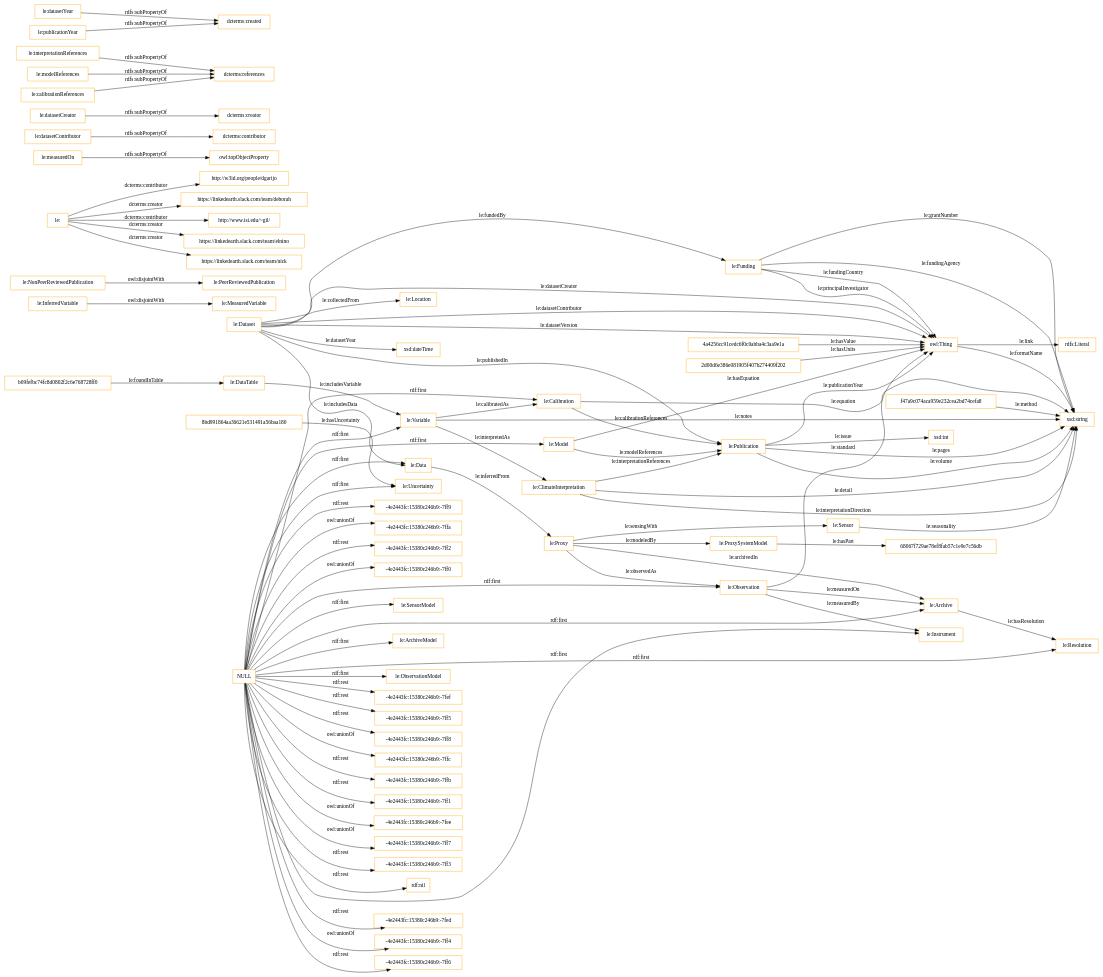
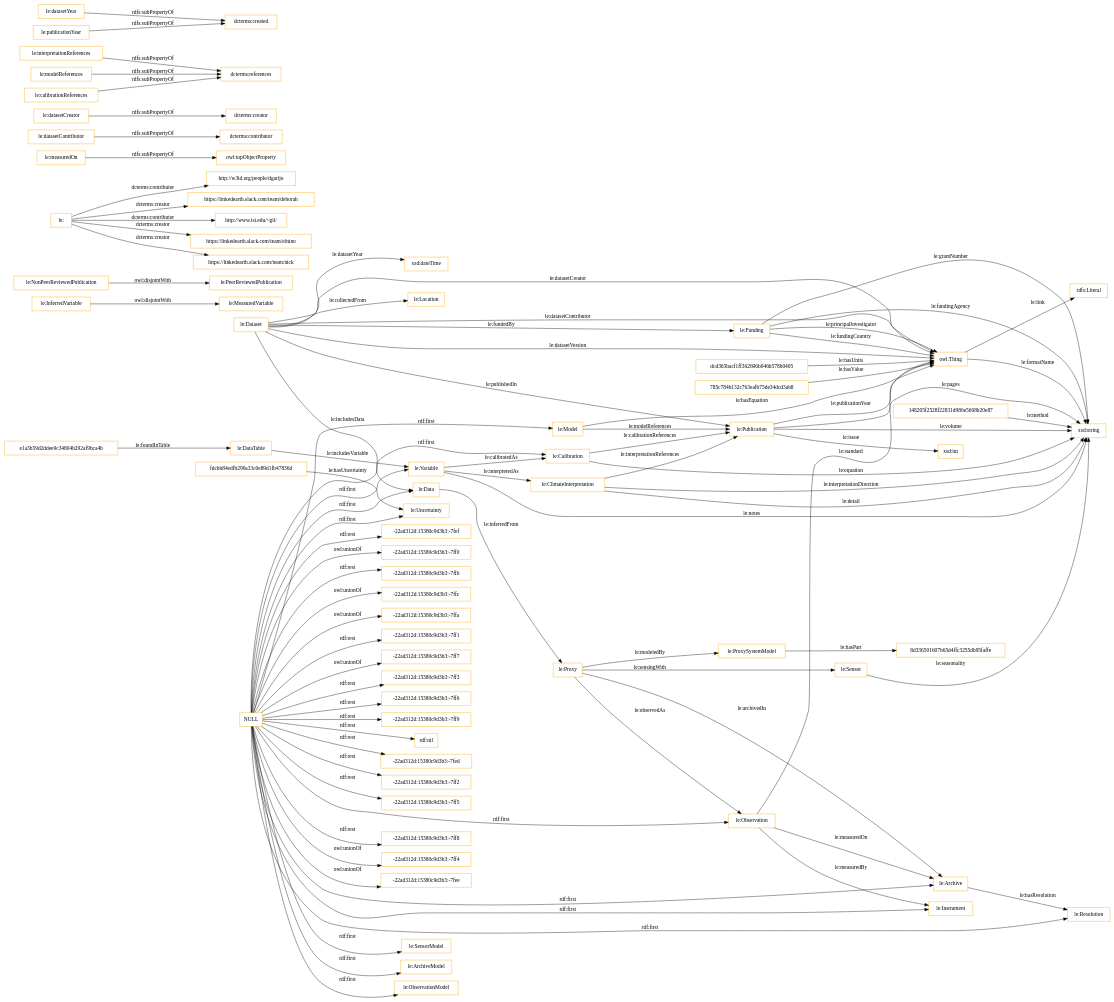
The diagram in OnToology/ontology.owl/diagrams/ar2dtool-class/ontology.owl.png.dot (dgarijo/Ontology), drawn with Graphviz before and after one commit. The commit also changed 5 other files, not shown here.

```diff
--- a/OnToology/ontology.owl/diagrams/ar2dtool-class/ontology.owl.png.dot
+++ b/OnToology/ontology.owl/diagrams/ar2dtool-class/ontology.owl.png.dot
@@ -1,95 +1,95 @@
 digraph ar2dtool_diagram { 
 rankdir=LR;
 size="1501"
-node [shape = rectangle, color="orange"]; "le:Sensor" "b09fefbc74fc8d0802f2c6e768728ff0" "2d00d6e386e081905f407b274409f202" "le:Funding" "le:Dataset" "le:Resolution" "68067f729ae78ef8fab57c1e9e7c56db" "le:Publication" "le:DataTable" "le:Model" "le:Data" "4a4256cc91cedc6f0c0abba4c3aa9e1a" "le:SensorModel" "le:Location" "le:Calibration" "le:InferredVariable" "le:NonPeerReviewedPublication" "le:ArchiveModel" "le:MeasuredVariable" "le:Proxy" "le:ProxySystemModel" "le:Instrument" "le:ObservationModel" "le:Uncertainty" "le:Observation" "f47a9c074aca959e232cea2bd74cefa8" "le:ClimateInterpretation" "le:Variable" "8bd991864aa36621e531491a56baa180" "le:Archive" "le:PeerReviewedPublication" ; /*classes style*/
+node [shape = rectangle, color="orange"]; "le:Sensor" "le:Funding" "le:Resolution" "le:Dataset" "le:Publication" "le:DataTable" "dcd365bacf1ff362696b046b578b0405" "le:Model" "le:Data" "le:SensorModel" "le:Location" "le:Calibration" "le:InferredVariable" "e1a3b59d2ddee9c34804b292af9bca4b" "le:NonPeerReviewedPublication" "le:ArchiveModel" "fdcbb84edfb290a33c0e89d1fb47836d" "le:MeasuredVariable" "le:Proxy" "le:ProxySystemModel" "le:Instrument" "le:ObservationModel" "le:Uncertainty" "le:Observation" "le:ClimateInterpretation" "785c784b132c763eafb75de34dcd3ab8" "le:Variable" "le:Archive" "8d336501607b65d4ffc3255db95faffe" "148205f2528f22831d986e5608b20e87" "le:PeerReviewedPublication" ; /*classes style*/
 	"le:NonPeerReviewedPublication" -> "le:PeerReviewedPublication" [ label = "owl:disjointWith" ];
 	"le:" -> "http://w3id.org/people/dgarijo" [ label = "dcterms:contributor" ];
 	"le:" -> "https://linkedearth.slack.com/team/deborah" [ label = "dcterms:creator" ];
 	"le:" -> "http://www.isi.edu/~gil/" [ label = "dcterms:contributor" ];
 	"le:" -> "https://linkedearth.slack.com/team/elnino" [ label = "dcterms:creator" ];
 	"le:" -> "https://linkedearth.slack.com/team/nick" [ label = "dcterms:creator" ];
 	"le:measuredOn" -> "owl:topObjectProperty" [ label = "rdfs:subPropertyOf" ];
 	"le:datasetContributor" -> "dcterms:contributor" [ label = "rdfs:subPropertyOf" ];
 	"le:datasetCreator" -> "dcterms:creator" [ label = "rdfs:subPropertyOf" ];
 	"le:interpretationReferences" -> "dcterms:references" [ label = "rdfs:subPropertyOf" ];
 	"le:modelReferences" -> "dcterms:references" [ label = "rdfs:subPropertyOf" ];
 	"le:calibrationReferences" -> "dcterms:references" [ label = "rdfs:subPropertyOf" ];
-	"NULL" -> "-4e2443fc:15380c246b9:-7ff5" [ label = "rdf:rest" ];
-	"NULL" -> "-4e2443fc:15380c246b9:-7ff8" [ label = "rdf:rest" ];
 	"NULL" -> "le:Instrument" [ label = "rdf:first" ];
+	"NULL" -> "-22ad312d:15380c9d3b3:-7ff0" [ label = "owl:unionOf" ];
 	"NULL" -> "le:SensorModel" [ label = "rdf:first" ];
-	"NULL" -> "-4e2443fc:15380c246b9:-7ffc" [ label = "owl:unionOf" ];
+	"NULL" -> "-22ad312d:15380c9d3b3:-7ffb" [ label = "rdf:rest" ];
+	"NULL" -> "-22ad312d:15380c9d3b3:-7ffc" [ label = "owl:unionOf" ];
+	"NULL" -> "-22ad312d:15380c9d3b3:-7ffa" [ label = "owl:unionOf" ];
+	"NULL" -> "-22ad312d:15380c9d3b3:-7ff1" [ label = "rdf:rest" ];
 	"NULL" -> "le:Archive" [ label = "rdf:first" ];
-	"NULL" -> "-4e2443fc:15380c246b9:-7ffb" [ label = "rdf:rest" ];
-	"NULL" -> "-4e2443fc:15380c246b9:-7ff1" [ label = "rdf:rest" ];
 	"NULL" -> "le:ObservationModel" [ label = "rdf:first" ];
-	"NULL" -> "-4e2443fc:15380c246b9:-7fee" [ label = "owl:unionOf" ];
-	"NULL" -> "-4e2443fc:15380c246b9:-7ff7" [ label = "owl:unionOf" ];
 	"NULL" -> "le:Variable" [ label = "rdf:first" ];
+	"NULL" -> "-22ad312d:15380c9d3b3:-7ff7" [ label = "owl:unionOf" ];
+	"NULL" -> "-22ad312d:15380c9d3b3:-7ff3" [ label = "rdf:rest" ];
+	"NULL" -> "-22ad312d:15380c9d3b3:-7ff6" [ label = "rdf:rest" ];
+	"NULL" -> "-22ad312d:15380c9d3b3:-7ff9" [ label = "rdf:rest" ];
 	"NULL" -> "le:Uncertainty" [ label = "rdf:first" ];
-	"NULL" -> "-4e2443fc:15380c246b9:-7ff3" [ label = "rdf:rest" ];
 	"NULL" -> "rdf:nil" [ label = "rdf:rest" ];
-	"NULL" -> "-4e2443fc:15380c246b9:-7fed" [ label = "rdf:rest" ];
-	"NULL" -> "-4e2443fc:15380c246b9:-7ff4" [ label = "owl:unionOf" ];
-	"NULL" -> "-4e2443fc:15380c246b9:-7ff6" [ label = "rdf:rest" ];
+	"NULL" -> "-22ad312d:15380c9d3b3:-7fed" [ label = "rdf:rest" ];
 	"NULL" -> "le:Calibration" [ label = "rdf:first" ];
-	"NULL" -> "-4e2443fc:15380c246b9:-7ff9" [ label = "rdf:rest" ];
-	"NULL" -> "-4e2443fc:15380c246b9:-7ffa" [ label = "owl:unionOf" ];
+	"NULL" -> "-22ad312d:15380c9d3b3:-7ff2" [ label = "rdf:rest" ];
 	"NULL" -> "le:Data" [ label = "rdf:first" ];
-	"NULL" -> "-4e2443fc:15380c246b9:-7ff2" [ label = "rdf:rest" ];
+	"NULL" -> "-22ad312d:15380c9d3b3:-7ff5" [ label = "rdf:rest" ];
+	"NULL" -> "-22ad312d:15380c9d3b3:-7ff8" [ label = "rdf:rest" ];
+	"NULL" -> "-22ad312d:15380c9d3b3:-7ff4" [ label = "owl:unionOf" ];
+	"NULL" -> "-22ad312d:15380c9d3b3:-7fee" [ label = "owl:unionOf" ];
+	"NULL" -> "le:Model" [ label = "rdf:first" ];
 	"NULL" -> "le:Observation" [ label = "rdf:first" ];
-	"NULL" -> "le:Model" [ label = "rdf:first" ];
-	"NULL" -> "-4e2443fc:15380c246b9:-7ff0" [ label = "owl:unionOf" ];
 	"NULL" -> "le:Resolution" [ label = "rdf:first" ];
 	"NULL" -> "le:ArchiveModel" [ label = "rdf:first" ];
-	"NULL" -> "-4e2443fc:15380c246b9:-7fef" [ label = "rdf:rest" ];
+	"NULL" -> "-22ad312d:15380c9d3b3:-7fef" [ label = "rdf:rest" ];
 	"le:datasetYear" -> "dcterms:created" [ label = "rdfs:subPropertyOf" ];
 	"le:publicationYear" -> "dcterms:created" [ label = "rdfs:subPropertyOf" ];
 	"le:InferredVariable" -> "le:MeasuredVariable" [ label = "owl:disjointWith" ];
 	"le:Calibration" -> "le:Publication" [ label = "le:calibrationReferences" ];
 	"le:Dataset" -> "le:Funding" [ label = "le:fundedBy" ];
 	"le:Funding" -> "owl:Thing" [ label = "le:fundingCountry" ];
 	"le:Dataset" -> "le:Location" [ label = "le:collectedFrom" ];
 	"le:Dataset" -> "owl:Thing" [ label = "le:datasetCreator" ];
 	"le:Publication" -> "owl:Thing" [ label = "le:publicationYear" ];
 	"le:Variable" -> "xsd:string" [ label = "le:notes" ];
 	"le:Model" -> "owl:Thing" [ label = "le:hasEquation" ];
 	"le:Dataset" -> "owl:Thing" [ label = "le:datasetContributor" ];
 	"le:Proxy" -> "le:Archive" [ label = "le:archivedIn" ];
 	"owl:Thing" -> "xsd:string" [ label = "le:formatName" ];
 	"le:Funding" -> "xsd:string" [ label = "le:grantNumber" ];
-	"f47a9c074aca959e232cea2bd74cefa8" -> "xsd:string" [ label = "le:method" ];
-	"le:ProxySystemModel" -> "68067f729ae78ef8fab57c1e9e7c56db" [ label = "le:hasPart" ];
+	"148205f2528f22831d986e5608b20e87" -> "xsd:string" [ label = "le:method" ];
+	"le:ProxySystemModel" -> "8d336501607b65d4ffc3255db95faffe" [ label = "le:hasPart" ];
 	"le:Dataset" -> "le:Publication" [ label = "le:publishedIn" ];
-	"b09fefbc74fc8d0802f2c6e768728ff0" -> "le:DataTable" [ label = "le:foundInTable" ];
+	"e1a3b59d2ddee9c34804b292af9bca4b" -> "le:DataTable" [ label = "le:foundInTable" ];
 	"le:Publication" -> "xsd:int" [ label = "le:issue" ];
 	"le:Funding" -> "owl:Thing" [ label = "le:principalInvestigator" ];
 	"le:Dataset" -> "xsd:dateTime" [ label = "le:datasetYear" ];
 	"le:DataTable" -> "le:Variable" [ label = "le:includesVariable" ];
 	"le:Proxy" -> "le:Observation" [ label = "le:observedAs" ];
 	"le:Calibration" -> "xsd:string" [ label = "le:equation" ];
 	"le:Observation" -> "le:Instrument" [ label = "le:measuredBy" ];
 	"le:Funding" -> "xsd:string" [ label = "le:fundingAgency" ];
 	"le:Proxy" -> "le:ProxySystemModel" [ label = "le:modeledBy" ];
 	"le:Archive" -> "le:Resolution" [ label = "le:hasResolution" ];
 	"le:Variable" -> "le:Calibration" [ label = "le:calibratedAs" ];
 	"owl:Thing" -> "rdfs:Literal" [ label = "le:link" ];
 	"le:ClimateInterpretation" -> "xsd:string" [ label = "le:interpretationDirection" ];
 	"le:Model" -> "le:Publication" [ label = "le:modelReferences" ];
 	"le:Observation" -> "owl:Thing" [ label = "le:standard" ];
 	"le:Publication" -> "xsd:string" [ label = "le:pages" ];
-	"8bd991864aa36621e531491a56baa180" -> "le:Uncertainty" [ label = "le:hasUncertainty" ];
+	"fdcbb84edfb290a33c0e89d1fb47836d" -> "le:Uncertainty" [ label = "le:hasUncertainty" ];
 	"le:Sensor" -> "xsd:string" [ label = "le:seasonality" ];
 	"le:Data" -> "le:Proxy" [ label = "le:inferredFrom" ];
-	"2d00d6e386e081905f407b274409f202" -> "owl:Thing" [ label = "le:hasUnits" ];
+	"dcd365bacf1ff362696b046b578b0405" -> "owl:Thing" [ label = "le:hasUnits" ];
 	"le:Proxy" -> "le:Sensor" [ label = "le:sensingWith" ];
 	"le:ClimateInterpretation" -> "xsd:string" [ label = "le:detail" ];
 	"le:Publication" -> "xsd:string" [ label = "le:volume" ];
 	"le:Observation" -> "le:Archive" [ label = "le:measuredOn" ];
 	"le:Dataset" -> "le:Data" [ label = "le:includesData" ];
-	"4a4256cc91cedc6f0c0abba4c3aa9e1a" -> "owl:Thing" [ label = "le:hasValue" ];
+	"785c784b132c763eafb75de34dcd3ab8" -> "owl:Thing" [ label = "le:hasValue" ];
 	"le:Dataset" -> "owl:Thing" [ label = "le:datasetVersion" ];
 	"le:ClimateInterpretation" -> "le:Publication" [ label = "le:interpretationReferences" ];
 	"le:Variable" -> "le:ClimateInterpretation" [ label = "le:interpretedAs" ];
 
 }
```
